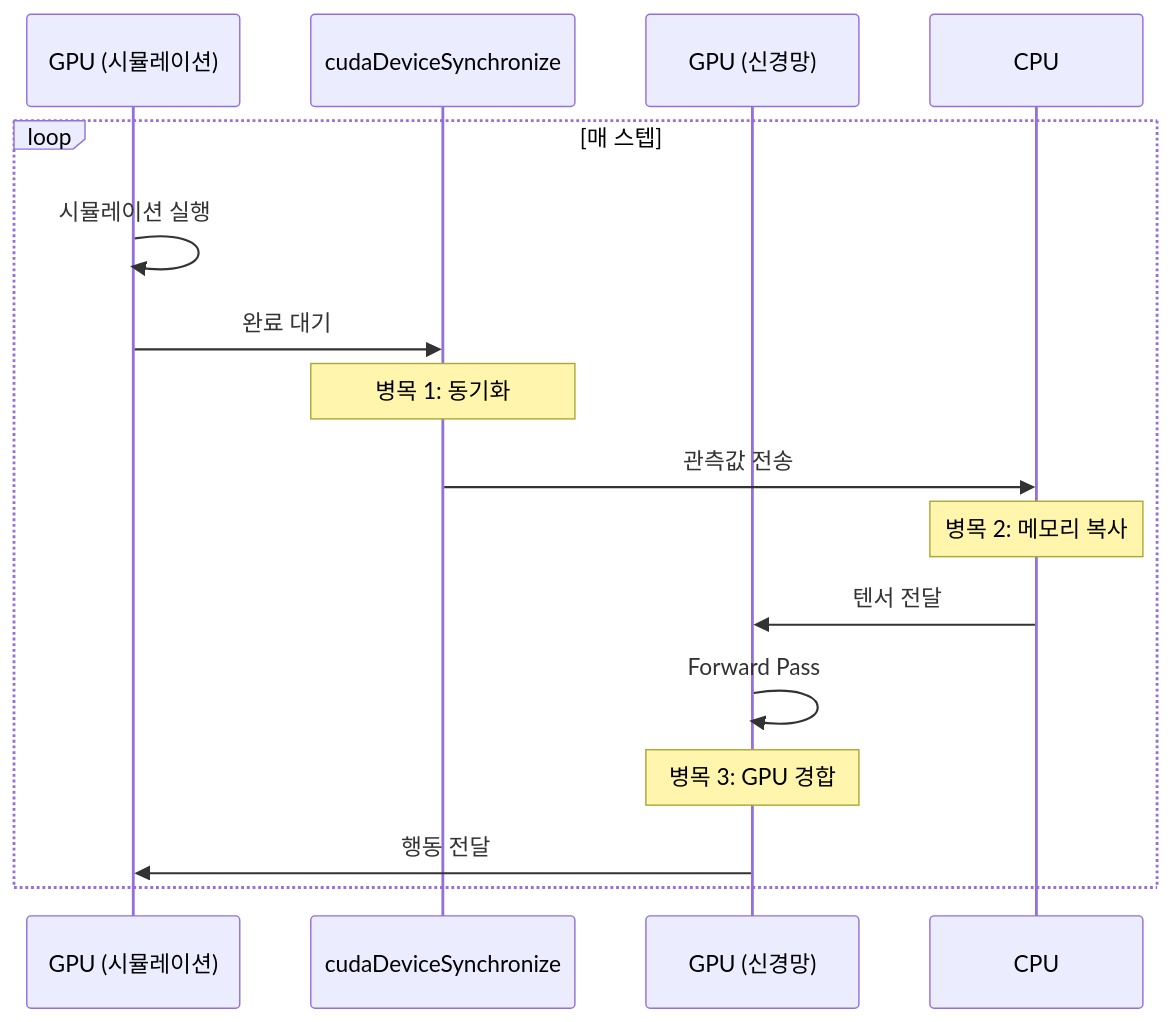
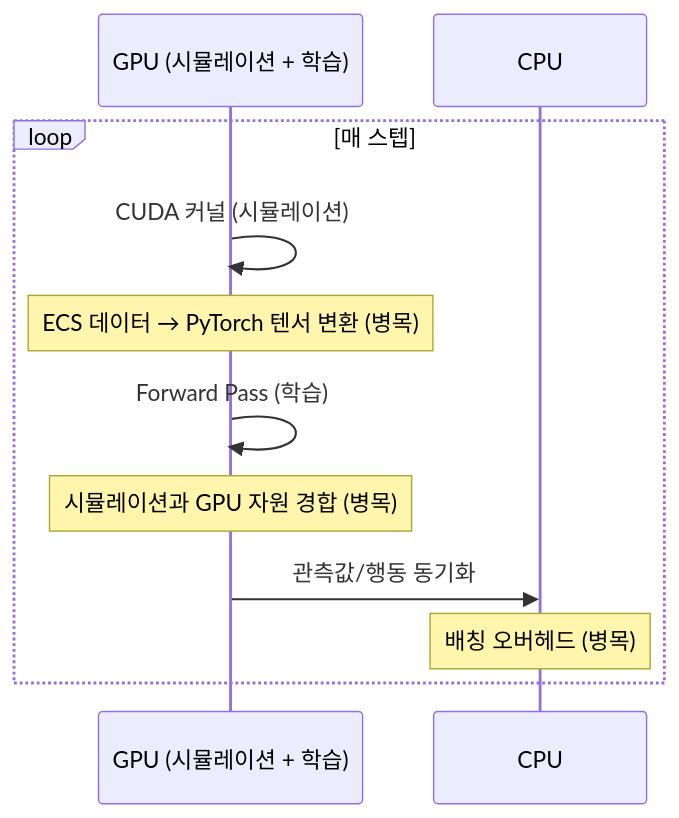
The second of 4 diagrams in notes/gpudrive-to-pufferdrive.md (OIEIyoon/ad-simulation-public), drawn with Mermaid before and after one commit. The commit also changed other lines of this file and 1 other file, not shown here.

````diff
--- a/notes/gpudrive-to-pufferdrive.md
+++ b/notes/gpudrive-to-pufferdrive.md
@@ -67,19 +67,14 @@
 ```mermaid
 sequenceDiagram
-    participant GPU_Sim as GPU (시뮬레이션)
-    participant Sync as cudaDeviceSynchronize
-    participant GPU_NN as GPU (신경망)
+    participant GPU as GPU (시뮬레이션 + 학습)
     participant CPU as CPU
 
     loop 매 스텝
-        GPU_Sim->>GPU_Sim: 시뮬레이션 실행
-        GPU_Sim->>Sync: 완료 대기
-        Note over Sync: 병목 1: 동기화
-        Sync->>CPU: 관측값 전송
-        Note over CPU: 병목 2: 메모리 복사
-        CPU->>GPU_NN: 텐서 전달
-        GPU_NN->>GPU_NN: Forward Pass
-        Note over GPU_NN: 병목 3: GPU 경합
-        GPU_NN->>GPU_Sim: 행동 전달
+        GPU->>GPU: CUDA 커널 (시뮬레이션)
+        Note over GPU: ECS 데이터 → PyTorch 텐서 변환 (병목)
+        GPU->>GPU: Forward Pass (학습)
+        Note over GPU: 시뮬레이션과 GPU 자원 경합 (병목)
+        GPU->>CPU: 관측값/행동 동기화
+        Note over CPU: 배칭 오버헤드 (병목)
     end
 ```
````
